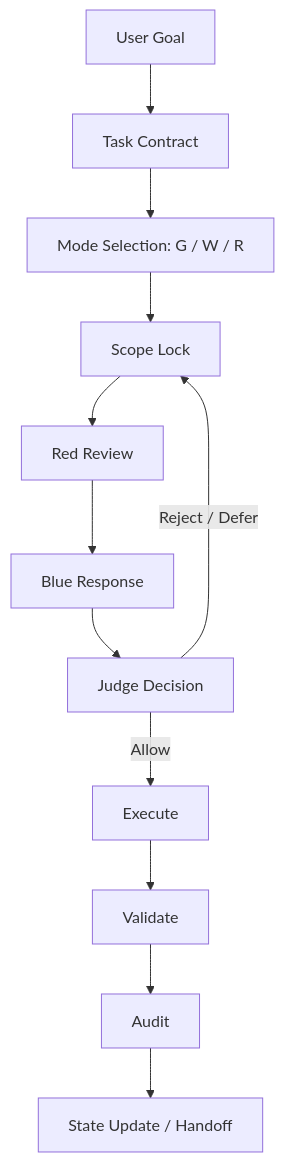
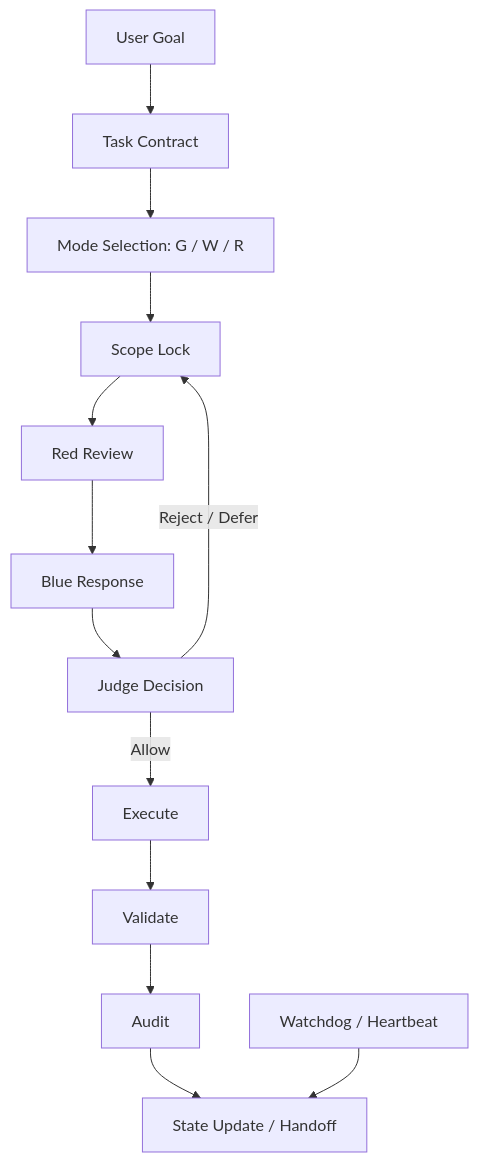
The tenth of 10 diagrams in README.md (pigeon-flower/multi-thread-generative-governance-skill), drawn with Mermaid before and after one commit. The commit also changed other lines of this file, not shown here.

````diff
--- a/README.md
+++ b/README.md
@@ -410,14 +509,15 @@
 ```mermaid
 flowchart TB
     User["User Goal"] --> Contract["Task Contract"]
     Contract --> Triage["Mode Selection: G / W / R"]
     Triage --> Scope["Scope Lock"]
     Scope --> Red["Red Review"]
     Red --> Blue["Blue Response"]
     Blue --> Judge["Judge Decision"]
     Judge -->|Allow| Execute["Execute"]
     Execute --> Validate["Validate"]
     Validate --> Audit["Audit"]
     Audit --> Handoff["State Update / Handoff"]
     Judge -->|Reject / Defer| Scope
+    Watchdog["Watchdog / Heartbeat"] --> Handoff
 ```
````
